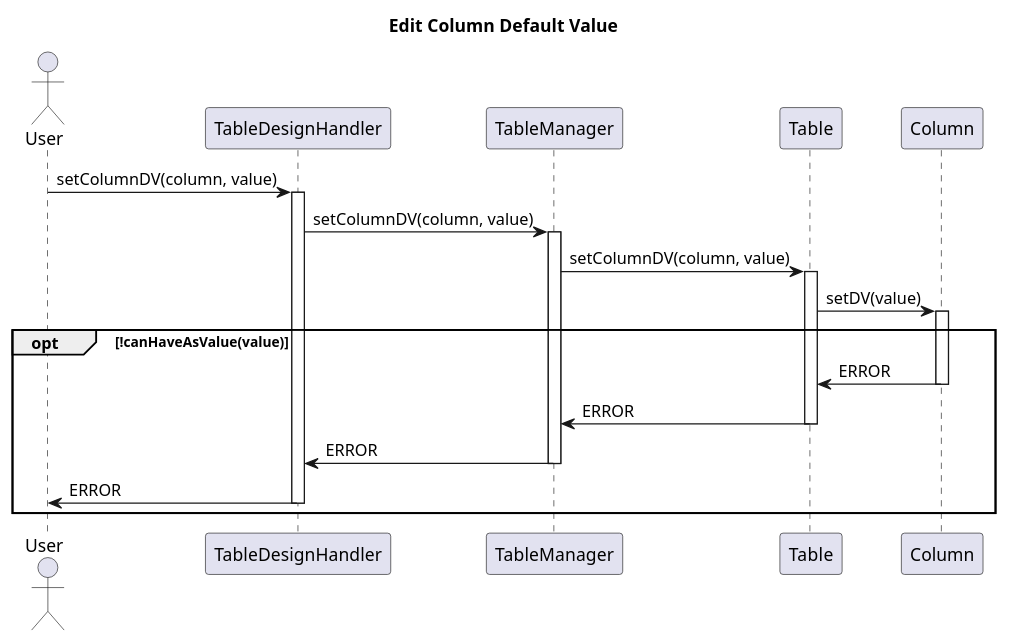
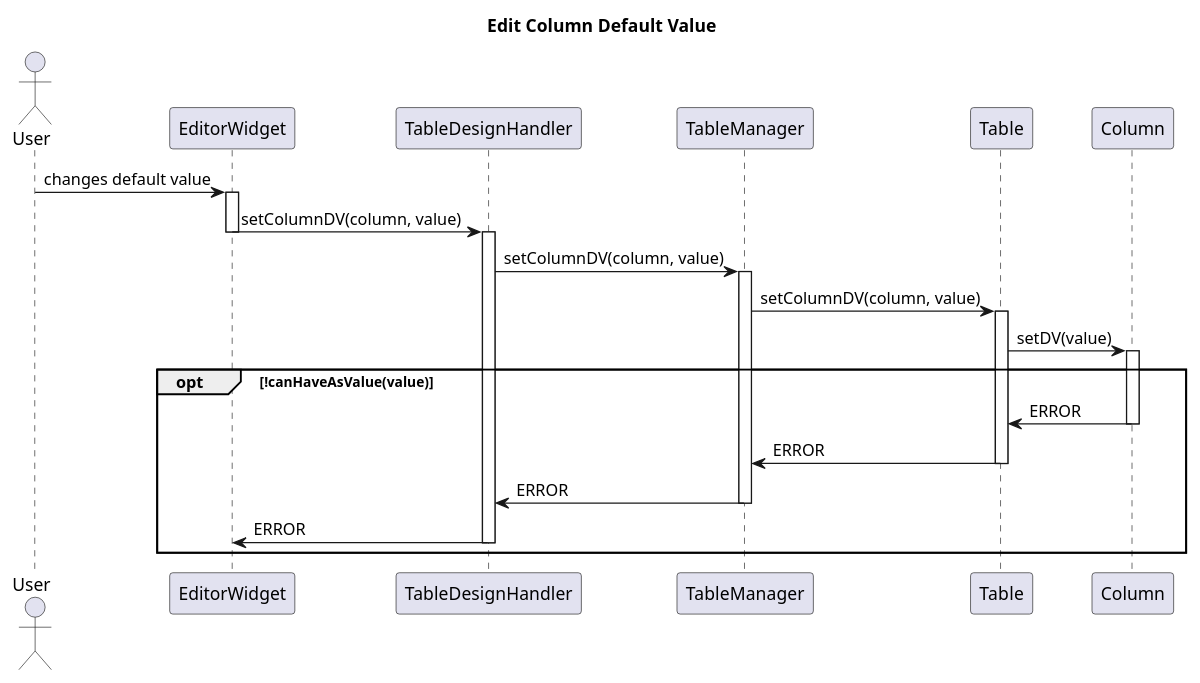
The diagram in diagrams/interactionDiagrams/editColumnDefaultValue.puml (Bhamoss/softwareOntwerpProject), drawn with PlantUML before and after one commit. The commit also changed 12 other files, not shown here.

Commit message:
diagrams

```diff
--- a/diagrams/interactionDiagrams/editColumnDefaultValue.puml
+++ b/diagrams/interactionDiagrams/editColumnDefaultValue.puml
@@ -1,28 +1,30 @@
 @startuml
 title Edit Column Default Value
 Actor User
 
 
 
-
-User -> TableDesignHandler: setColumnDV(column, value)
+User -> EditorWidget: changes default value
+activate EditorWidget
+EditorWidget -> TableDesignHandler: setColumnDV(column, value)
+deactivate
 activate TableDesignHandler
 TableDesignHandler -> TableManager: setColumnDV(column, value)
 activate TableManager
 TableManager -> Table: setColumnDV(column, value)
 activate Table
 Table -> Column: setDV(value)
 activate Column
 
 opt !canHaveAsValue(value)
     Column -> Table: ERROR
     deactivate Column
     Table -> TableManager: ERROR
     deactivate Table
     TableManager -> TableDesignHandler: ERROR
     deactivate TableManager
-    TableDesignHandler -> User: ERROR
+    TableDesignHandler -> EditorWidget: ERROR
     deactivate TableDesignHandler
 end
 
 @enduml
```
